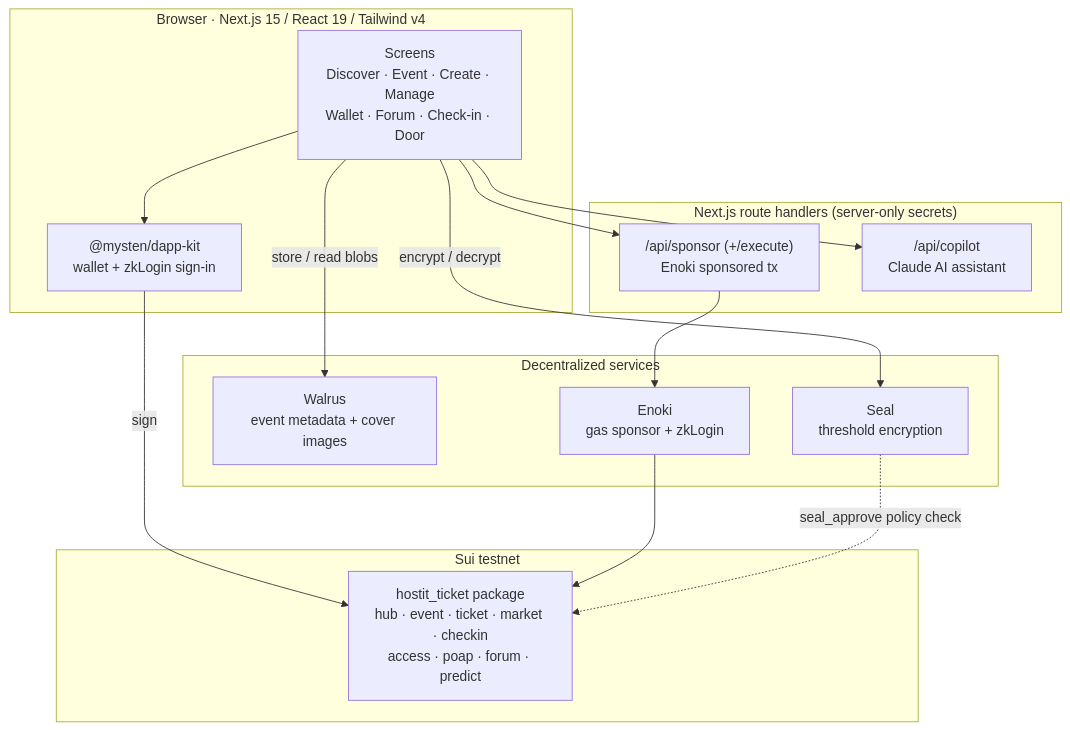
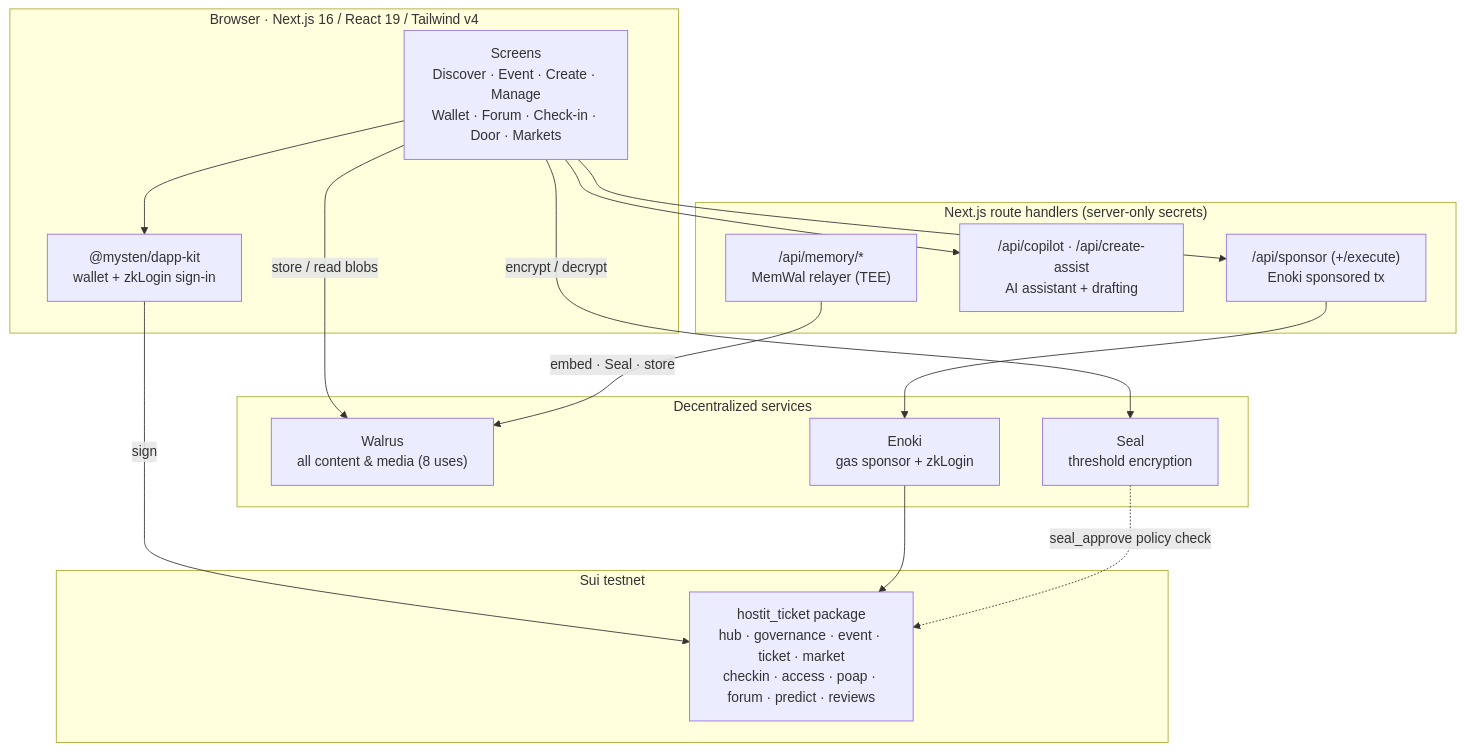
The second of 5 diagrams in README.md (hostit-events/hostit-sui), drawn with Mermaid before and after one commit. The commit also changed other lines of this file, not shown here.

First line of the commit message:
docs: rewrite README as a product pitch with Walrus-track depth

````diff
--- a/README.md
+++ b/README.md
@@ -25,28 +127,30 @@
 ```mermaid
 graph TB
-  subgraph Client["Browser · Next.js 15 / React 19 / Tailwind v4"]
-    UI["Screens<br/>Discover · Event · Create · Manage<br/>Wallet · Forum · Check-in · Door"]
+  subgraph Client["Browser · Next.js 16 / React 19 / Tailwind v4"]
+    UI["Screens<br/>Discover · Event · Create · Manage<br/>Wallet · Forum · Check-in · Door · Markets"]
     Kit["@mysten/dapp-kit<br/>wallet + zkLogin sign-in"]
   end
   subgraph Server["Next.js route handlers (server-only secrets)"]
     Sponsor["/api/sponsor (+/execute)<br/>Enoki sponsored tx"]
-    Copilot["/api/copilot<br/>Claude AI assistant"]
+    Copilot["/api/copilot · /api/create-assist<br/>AI assistant + drafting"]
+    Mem["/api/memory/*<br/>MemWal relayer (TEE)"]
   end
   subgraph Sui["Sui testnet"]
-    Pkg["hostit_ticket package<br/>hub · event · ticket · market · checkin<br/>access · poap · forum · predict"]
+    Pkg["hostit_ticket package<br/>hub · governance · event · ticket · market<br/>checkin · access · poap · forum · predict · reviews"]
   end
   subgraph Infra["Decentralized services"]
-    Walrus["Walrus<br/>event metadata + cover images"]
+    Walrus["Walrus<br/>all content & media (8 uses)"]
     Seal["Seal<br/>threshold encryption"]
     Enoki["Enoki<br/>gas sponsor + zkLogin"]
   end
 
   UI --> Kit
   UI --> Sponsor
   UI --> Copilot
   UI -->|store / read blobs| Walrus
   UI -->|encrypt / decrypt| Seal
+  Mem -->|embed · Seal · store| Walrus
   Kit -->|sign| Pkg
   Sponsor --> Enoki --> Pkg
   Seal -. seal_approve policy check .-> Pkg
 ```
````
